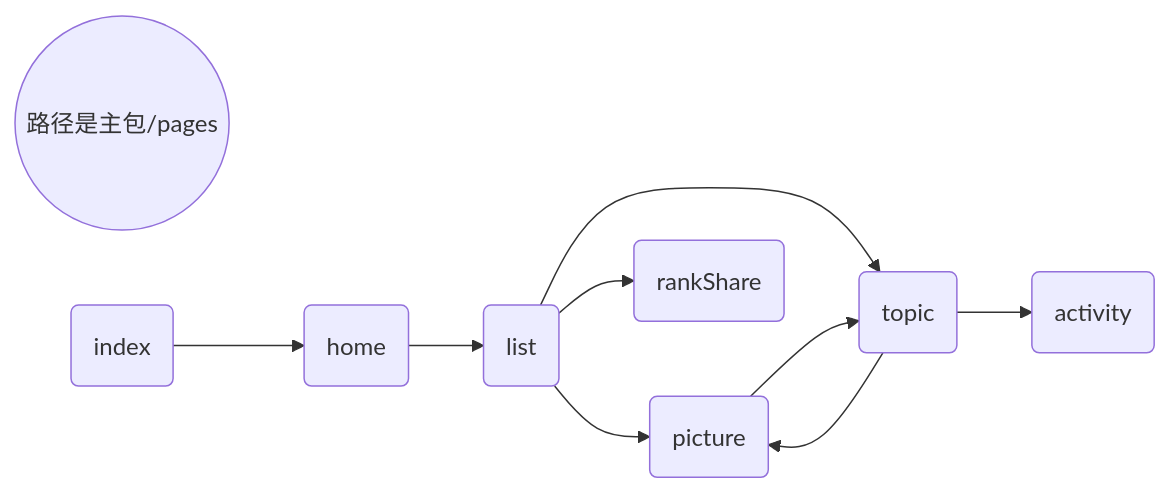
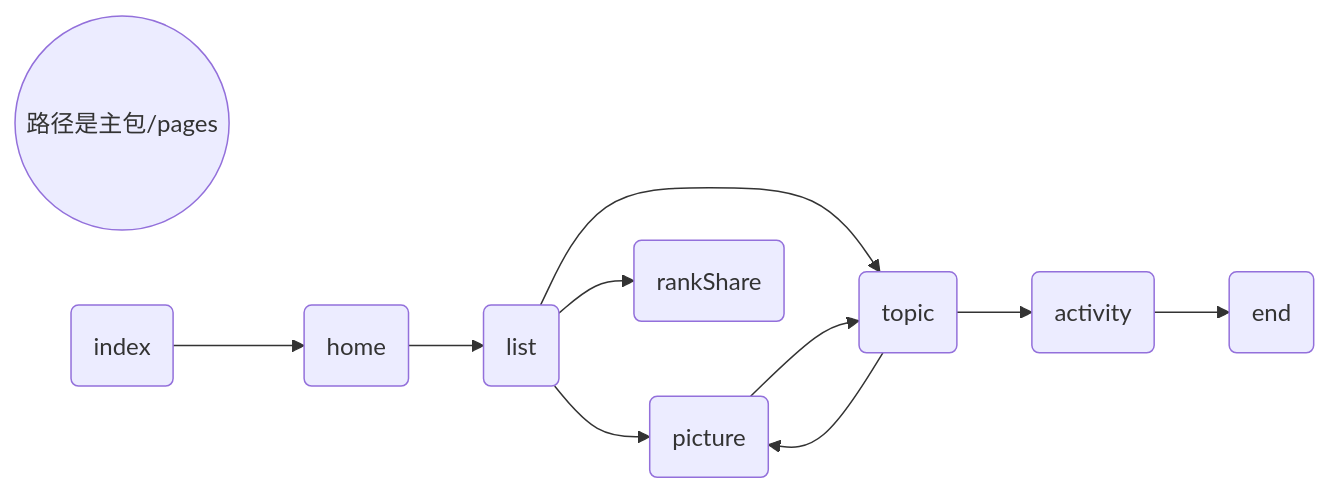
Before and after one commit to marx181855/notes: the diagram in Project/work/中华白海豚_小程序/项目了解文档.md, drawn with Mermaid. The commit also changed other lines of this file and 9 other files, not shown here.

````diff
--- a/Project/work/中华白海豚_小程序/项目了解文档.md
+++ b/Project/work/中华白海豚_小程序/项目了解文档.md
@@ -3,13 +3,14 @@
 ```mermaid
 graph LR
 	页面路((路径是主包/pages))
 	
     index(index) --> home(home)
     home(home) --> list(list)
     list --> picture(picture)
     list --> topic(topic)
     list --> rankShare(rankShare)
     picture --> topic(topic)
     topic --> picture(picture)
     topic --> activity(activity)
+	activity --> endPage(end)
 ```
````
